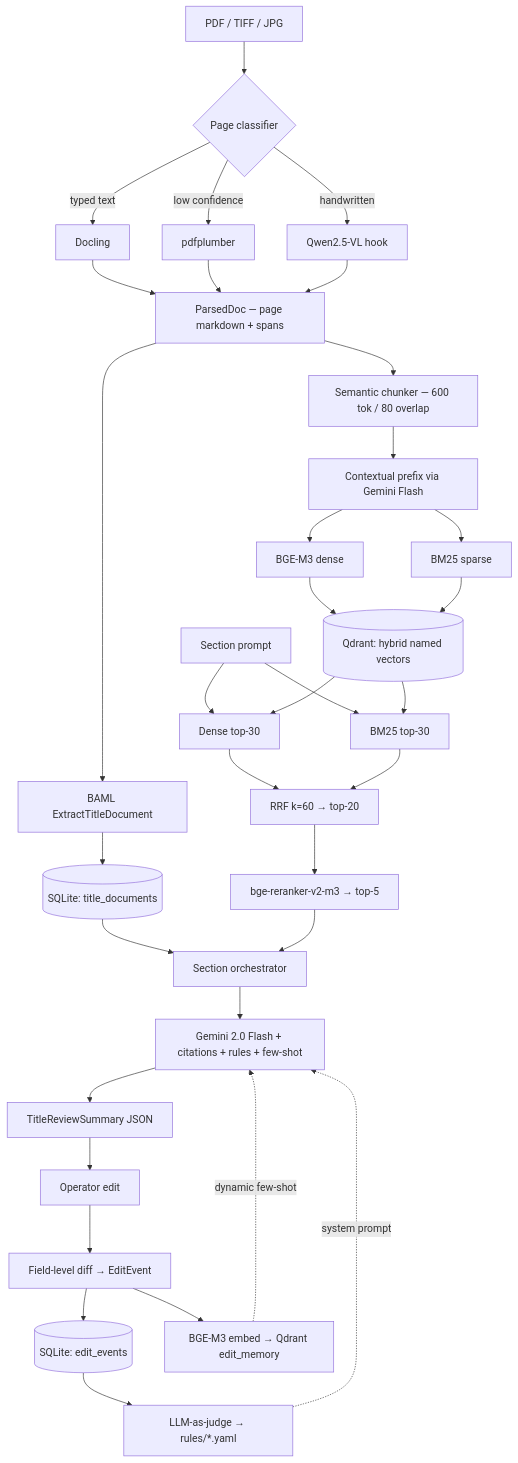
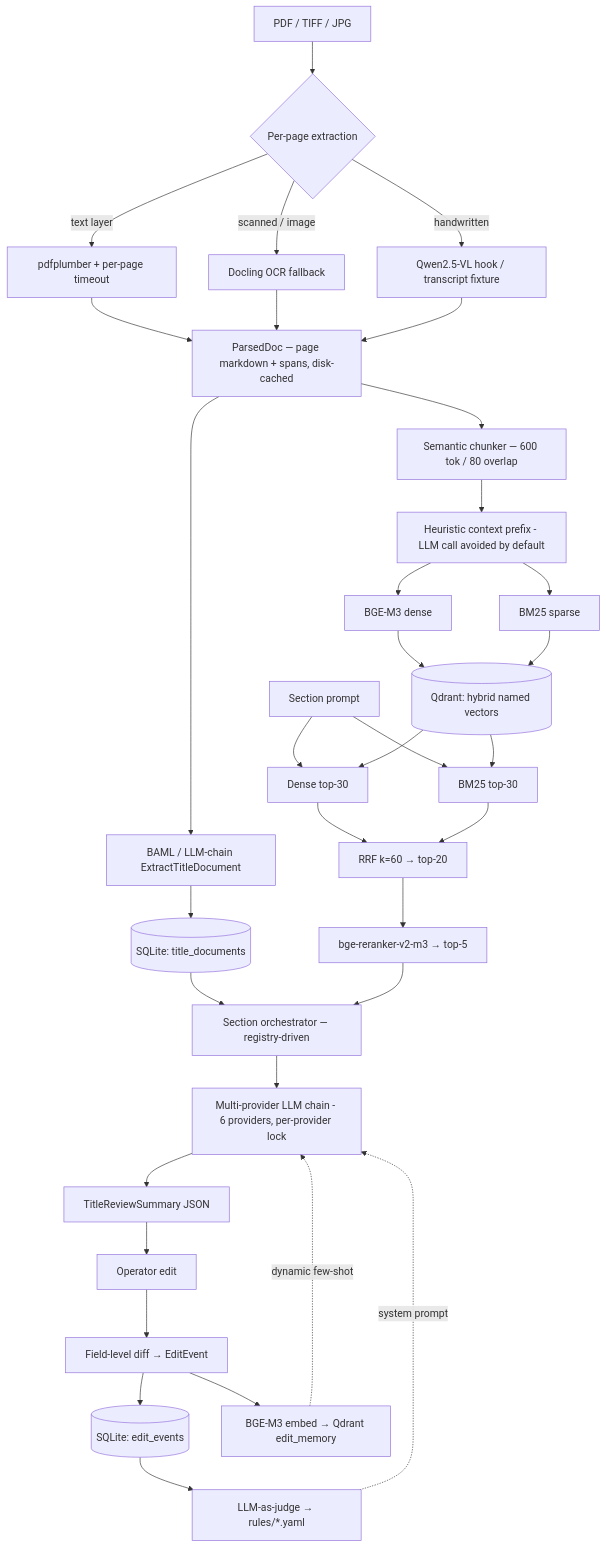
Before and after one commit to hozaifa1/titan-title-review-ai: the diagram in docs/ARCHITECTURE.md, drawn with Mermaid. The commit also changed other lines of this file and 30 other files, not shown here.

````diff
--- a/docs/ARCHITECTURE.md
+++ b/docs/ARCHITECTURE.md
@@ -7,32 +7,32 @@
 ```mermaid
 flowchart TB
-    A[PDF / TIFF / JPG] --> B{Page classifier}
-    B -->|typed text| C1[Docling]
-    B -->|low confidence| C2[pdfplumber]
-    B -->|handwritten| C3[Qwen2.5-VL hook]
-    C1 & C2 & C3 --> D[ParsedDoc — page markdown + spans]
-    D --> E[BAML ExtractTitleDocument]
+    A[PDF / TIFF / JPG] --> B{Per-page extraction}
+    B -->|text layer| C1[pdfplumber + per-page timeout]
+    B -->|scanned / image| C2[Docling OCR fallback]
+    B -->|handwritten| C3[Qwen2.5-VL hook / transcript fixture]
+    C1 & C2 & C3 --> D[ParsedDoc — page markdown + spans, disk-cached]
+    D --> E[BAML / LLM-chain ExtractTitleDocument]
     E --> F[(SQLite: title_documents)]
     D --> G[Semantic chunker — 600 tok / 80 overlap]
-    G --> H[Contextual prefix via Gemini Flash]
+    G --> H[Heuristic context prefix - LLM call avoided by default]
     H --> I1[BGE-M3 dense]
     H --> I2[BM25 sparse]
     I1 & I2 --> J[(Qdrant: hybrid named vectors)]
     Q[Section prompt] --> K1[Dense top-30]
     Q --> K2[BM25 top-30]
     J --> K1
     J --> K2
     K1 & K2 --> L[RRF k=60 → top-20]
     L --> M[bge-reranker-v2-m3 → top-5]
-    F --> N[Section orchestrator]
+    F --> N[Section orchestrator — registry-driven]
     M --> N
-    N --> O[Gemini 2.0 Flash + citations + rules + few-shot]
+    N --> O[Multi-provider LLM chain - 6 providers, per-provider lock]
     O --> P[TitleReviewSummary JSON]
     P --> R[Operator edit]
     R --> S[Field-level diff → EditEvent]
     S --> T[(SQLite: edit_events)]
     S --> U[BGE-M3 embed → Qdrant edit_memory]
     T --> V[LLM-as-judge → rules/*.yaml]
     U -.dynamic few-shot.-> O
     V -.system prompt.-> O
 ```
````
